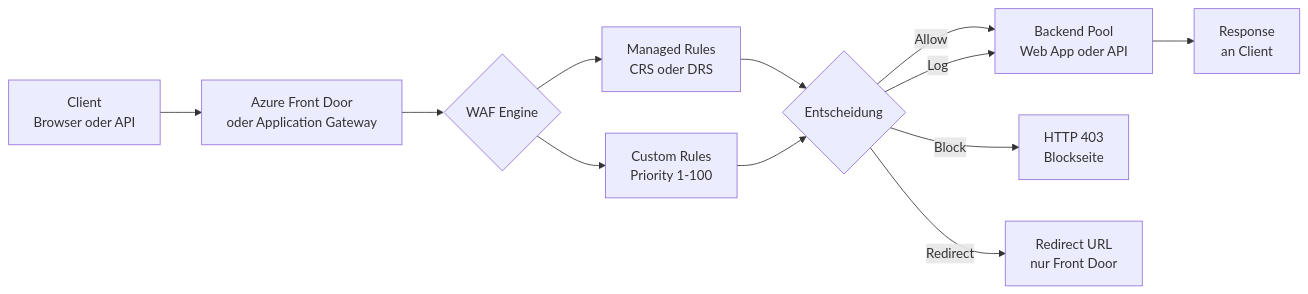
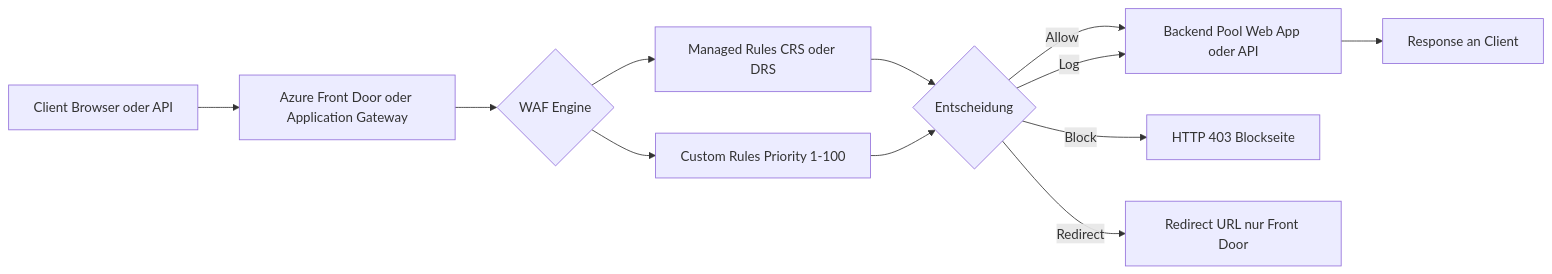
One commit to SoniiiT/notes-n-docs changed the first of 2 diagrams in Microsoft 365/Azure/Sicherheit/Azure Web Application Firewall.md. Above: the diagram before and after it, drawn with Mermaid. The commit also changed other lines of this file and 124 other files, not shown here.

First line of the commit message:
fix: Entferne \n aus allen Mermaid-Diagrammen (125 Dateien)

````diff
--- a/Microsoft 365/Azure/Sicherheit/Azure Web Application Firewall.md
+++ b/Microsoft 365/Azure/Sicherheit/Azure Web Application Firewall.md
@@ -64,14 +64,14 @@
 ```mermaid
 graph LR
-    A[Client\nBrowser oder API] --> B[Azure Front Door\noder Application Gateway]
+    A[Client Browser oder API] --> B[Azure Front Door oder Application Gateway]
     B --> C{WAF Engine}
-    C --> D[Managed Rules\nCRS oder DRS]
-    C --> E[Custom Rules\nPriority 1-100]
+    C --> D[Managed Rules CRS oder DRS]
+    C --> E[Custom Rules Priority 1-100]
     D --> F{Entscheidung}
     E --> F
-    F -->|Allow| G[Backend Pool\nWeb App oder API]
-    F -->|Block| H[HTTP 403\nBlockseite]
+    F -->|Allow| G[Backend Pool Web App oder API]
+    F -->|Block| H[HTTP 403 Blockseite]
     F -->|Log| G
-    F -->|Redirect| I[Redirect URL\nnur Front Door]
-    G --> J[Response\nan Client]
+    F -->|Redirect| I[Redirect URL nur Front Door]
+    G --> J[Response an Client]
 ```
````
